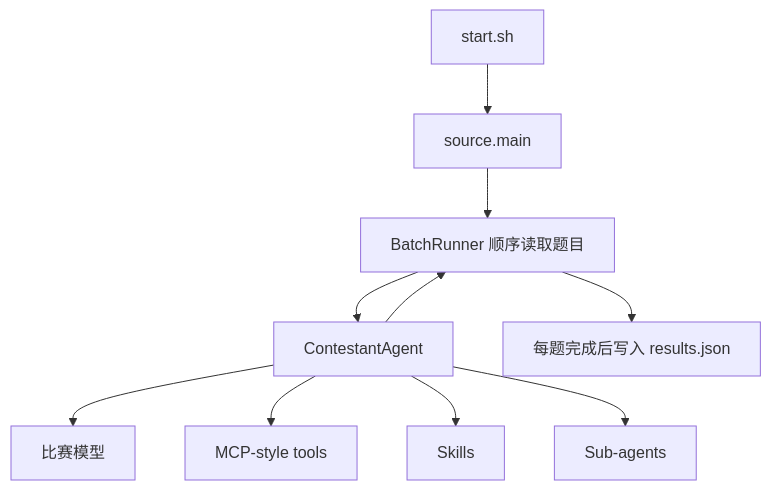
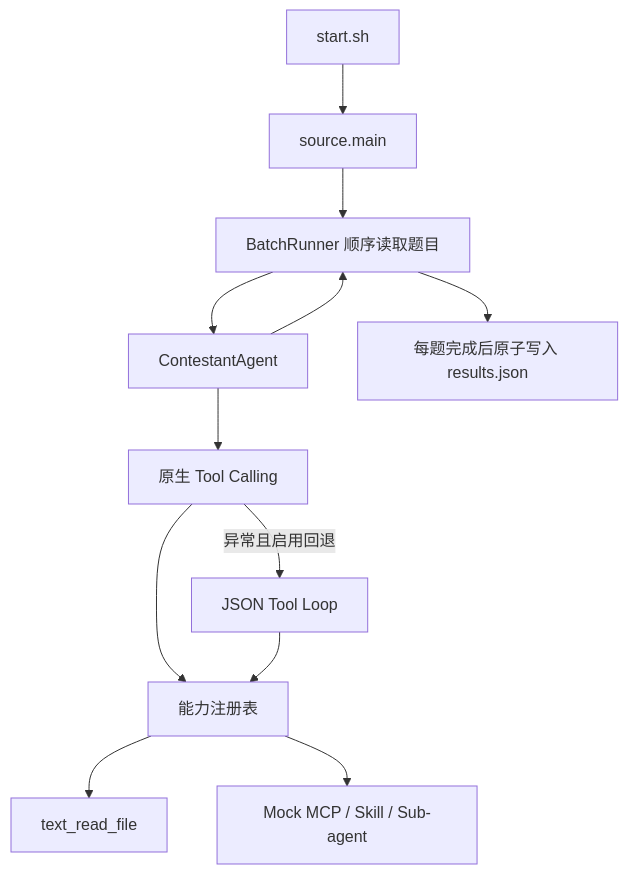
The first of 2 diagrams in 比赛参赛记录.md (guihousun/Agent_competition), drawn with Mermaid before and after one commit. The commit also changed other lines of this file, not shown here.

````diff
--- a/比赛参赛记录.md
+++ b/比赛参赛记录.md
@@ -28,12 +32,14 @@
 ```mermaid
 flowchart TD
     A["start.sh"] --> B["source.main"]
     B --> C["BatchRunner 顺序读取题目"]
     C --> D["ContestantAgent"]
-    D --> E["比赛模型"]
-    D --> F["MCP-style tools"]
-    D --> G["Skills"]
-    D --> H["Sub-agents"]
+    D --> E["原生 Tool Calling"]
+    E -->|异常且启用回退| F["JSON Tool Loop"]
+    E --> G["能力注册表"]
+    F --> G
+    G --> H["text_read_file"]
+    G --> J["Mock MCP / Skill / Sub-agent"]
     D --> C
-    C --> I["每题完成后写入 results.json"]
+    C --> I["每题完成后原子写入 results.json"]
 ```
````
